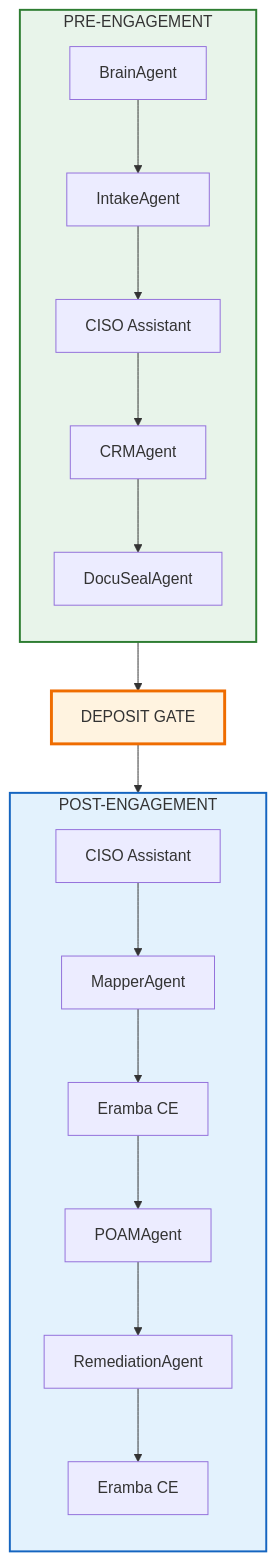
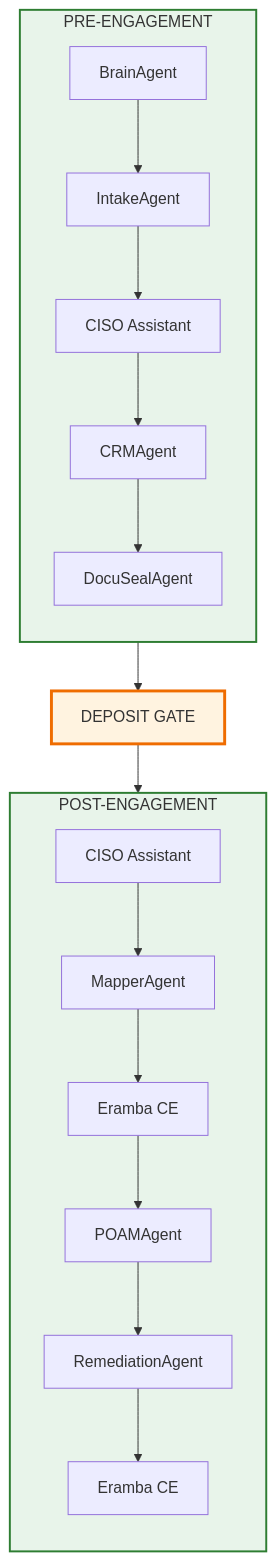
Before and after one commit to Pharns/portfolio: the third of 3 diagrams in docs/cybersecurity/giap.md, drawn with Mermaid. The commit also changed other lines of this file, not shown here.

Commit message:
Unify PRE and POST subgraph styling to matching green
- Both PRE-ENGAGEMENT and POST-ENGAGEMENT now use same green color
- fill:#e8f4ea (light green background)
- stroke:#2e7d32 (dark green border)
- Consistent visual language across both workflow phases
- Applied to both End-to-End Workflow and Data Flow diagrams
- DEPOSIT GATE retains orange accent for emphasis

🤖 Generated with [Claude Code](https://claude.com/claude-code)

````diff
--- a/docs/cybersecurity/giap.md
+++ b/docs/cybersecurity/giap.md
@@ -149,28 +149,28 @@
 ```mermaid
 flowchart TB
     subgraph PRE[PRE-ENGAGEMENT]
         direction TB
         BA1[BrainAgent] --> IA[IntakeAgent]
         IA --> CA1[CISO Assistant]
         CA1 --> CRMA[CRMAgent]
         CRMA --> DSA[DocuSealAgent]
     end
 
     DG[DEPOSIT GATE]
 
     subgraph POST[POST-ENGAGEMENT]
         direction TB
         CA2[CISO Assistant] --> MA[MapperAgent]
         MA --> ERA[Eramba CE]
         ERA --> PA[POAMAgent]
         PA --> RA[RemediationAgent]
         RA --> ERA2[Eramba CE]
     end
 
     DSA --> DG
     DG --> CA2
 
     style PRE fill:#e8f4ea,stroke:#2e7d32,stroke-width:2px
-    style POST fill:#e3f2fd,stroke:#1565c0,stroke-width:2px
+    style POST fill:#e8f4ea,stroke:#2e7d32,stroke-width:2px
     style DG fill:#fff3e0,stroke:#ef6c00,stroke-width:3px
 ```
````
